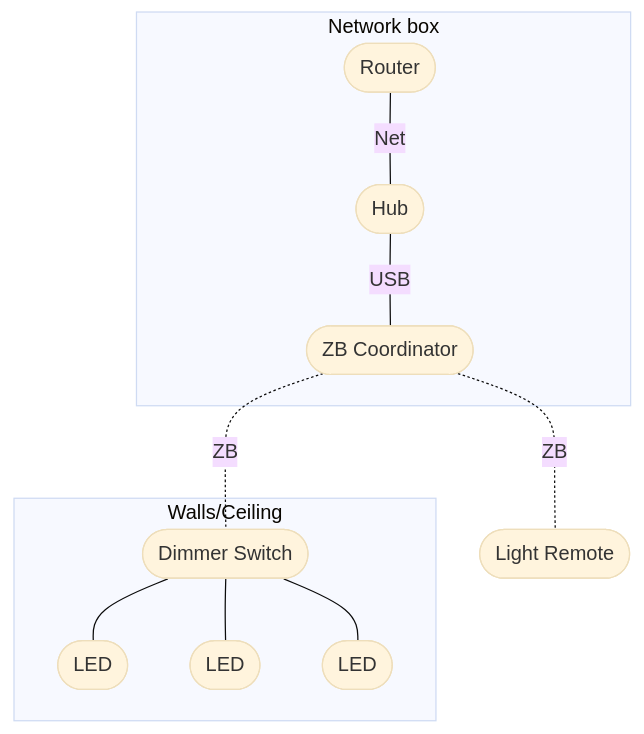
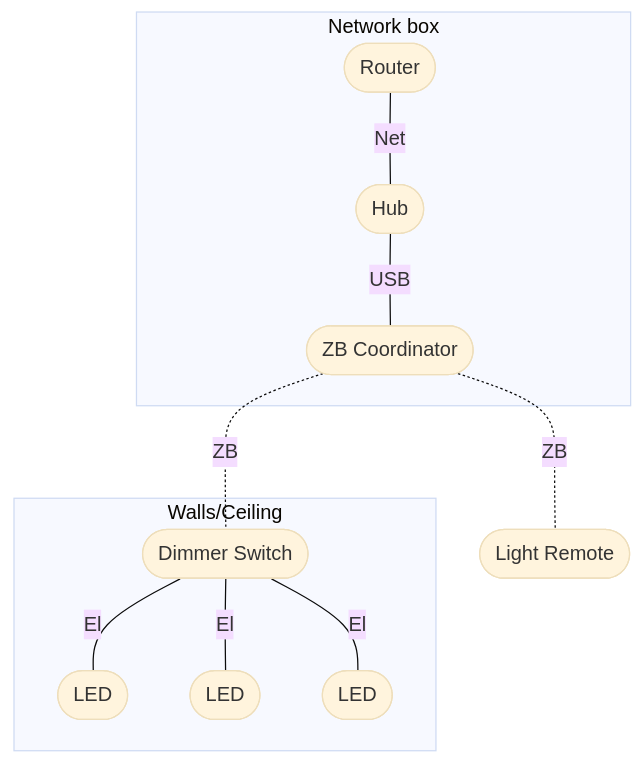
One commit to freenandes/topo-da-mente changed the diagram in content/note/connected-home-switches.md. Above: the diagram before and after it, drawn with Mermaid (base theme).

Commit message:
Dec 15, 2023, 3:44 PM

````diff
--- a/content/note/connected-home-switches.md
+++ b/content/note/connected-home-switches.md
@@ -59,15 +59,15 @@
 ```mermaid
 flowchart TB
 subgraph nwb[Network box]
     iro([Router]) --Net---
     hub([Hub]) --USB---
     coo([ZB Coordinator])
 end
 coo -.ZB.- rem([Light Remote])
 subgraph con[Walls/Ceiling]
-    dsw([Dimmer Switch]) --- ll1([LED])
-    dsw --- ll2([LED])
-    dsw --- ll3([LED])
+    dsw([Dimmer Switch]) --El--- ll1([LED])
+    dsw --El--- ll2([LED])
+    dsw --El--- ll3([LED])
 end 
 coo -.ZB.- dsw
 ```
````
